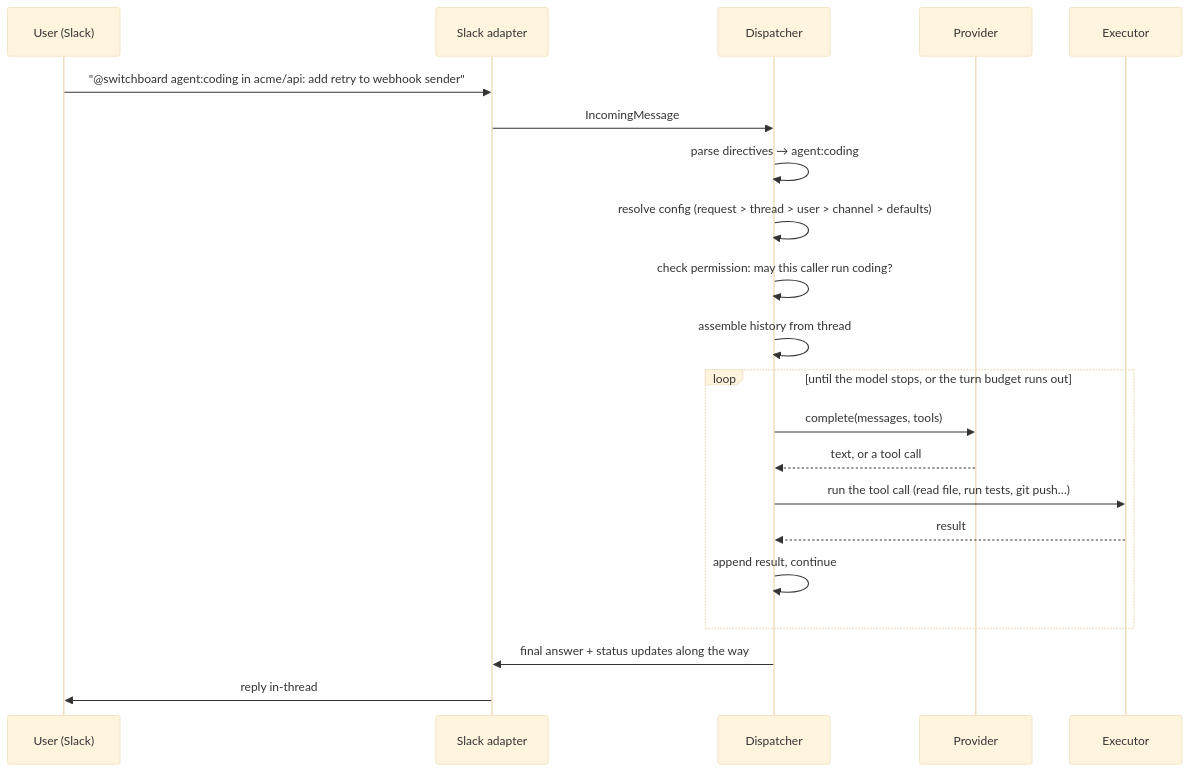
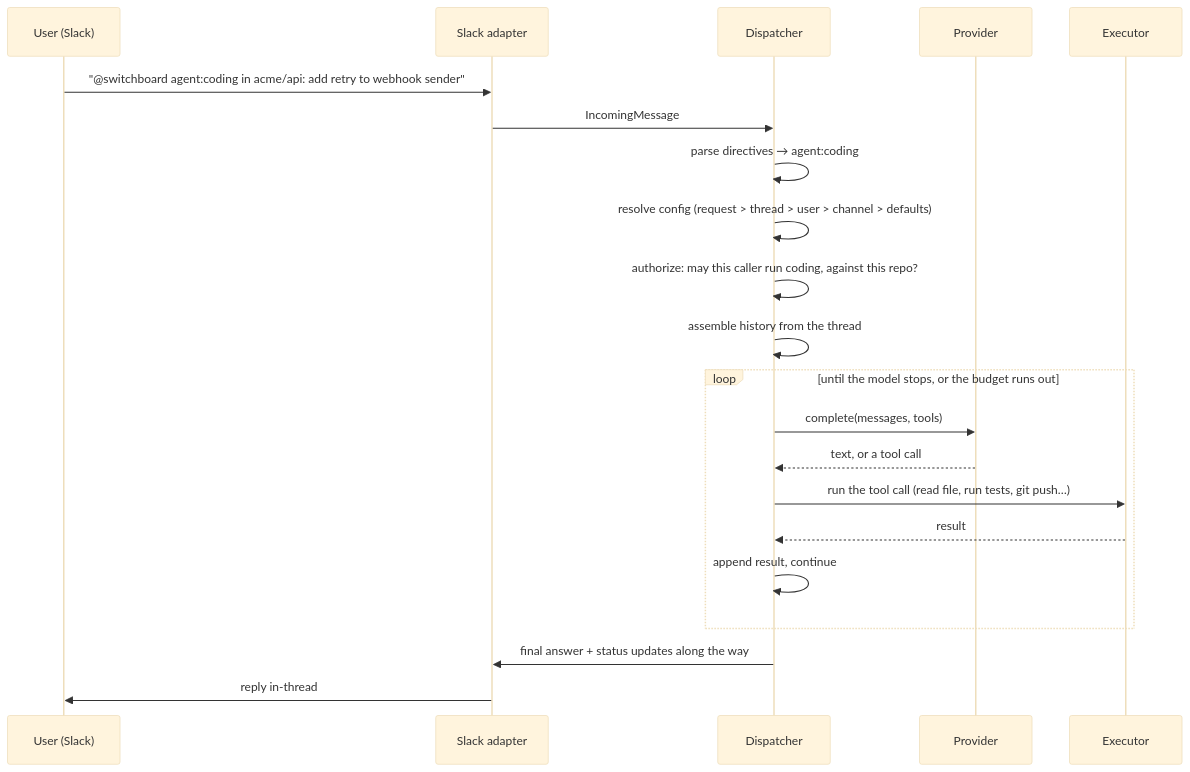
The second of 2 diagrams in docs/explanation/how-a-request-flows.md (coreplanelabs/switchboard), drawn with Mermaid (base theme) before and after one commit. The commit also changed other lines of this file and 41 other files, not shown here.

````diff
--- a/docs/explanation/how-a-request-flows.md
+++ b/docs/explanation/how-a-request-flows.md
@@ -49,24 +51,24 @@
 ```mermaid
 sequenceDiagram
     participant U as User (Slack)
     participant A as Slack adapter
     participant D as Dispatcher
     participant P as Provider
     participant E as Executor
 
     U->>A: "@switchboard agent:coding in acme/api: add retry to webhook sender"
     A->>D: IncomingMessage
     D->>D: parse directives → agent:coding
     D->>D: resolve config (request > thread > user > channel > defaults)
-    D->>D: check permission: may this caller run coding?
-    D->>D: assemble history from thread
-    loop until the model stops, or the turn budget runs out
+    D->>D: authorize: may this caller run coding, against this repo?
+    D->>D: assemble history from the thread
+    loop until the model stops, or the budget runs out
         D->>P: complete(messages, tools)
         P-->>D: text, or a tool call
         D->>E: run the tool call (read file, run tests, git push…)
         E-->>D: result
         D->>D: append result, continue
     end
     D->>A: final answer + status updates along the way
     A->>U: reply in-thread
 ```
````
